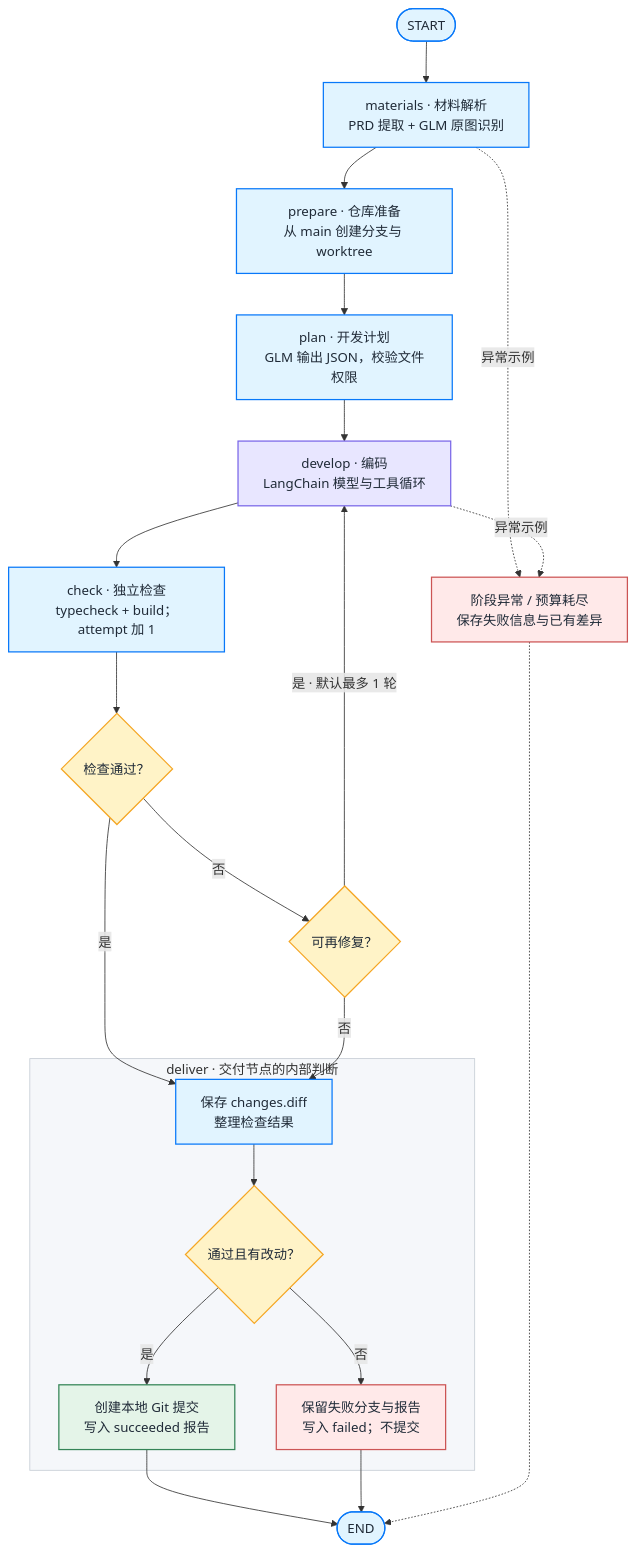
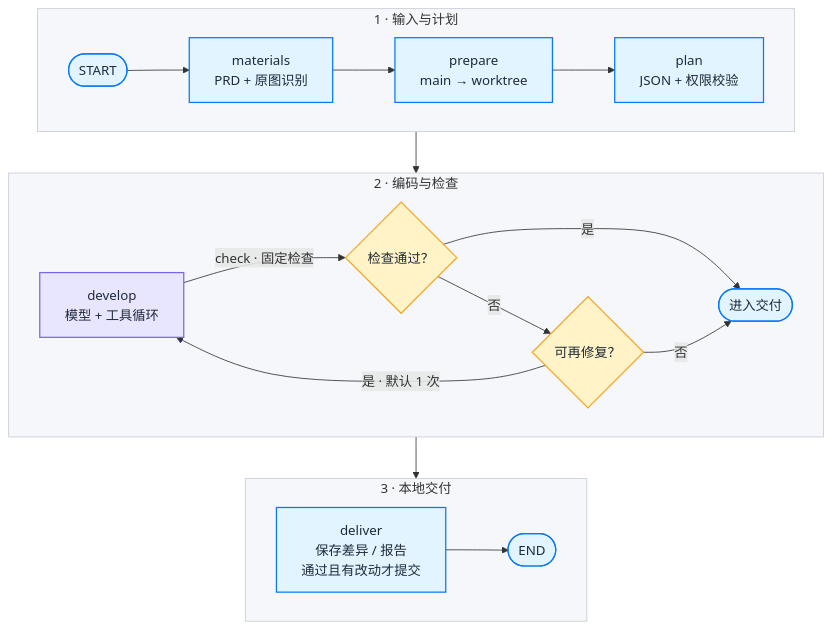
Before and after one commit to BruceZM/design-agent-mvp: the third of 5 diagrams in docs/项目流程图.md, drawn with Mermaid. The commit also changed other lines of this file and 18 other files, not shown here.

Commit message:
Fit diagrams to screen and focus Agent execution guide

````diff
--- a/docs/项目流程图.md
+++ b/docs/项目流程图.md
@@ -115,36 +95,34 @@
 ```mermaid
 flowchart TB
     accTitle: LangGraph 六节点工作流与有限修复
-    accDescr: 检查失败时最多返回开发一次，随后进入交付；只有检查通过且有源文件变化才创建成功提交。任意阶段异常保存失败信息。
-    START([START]) --> M["materials · 材料解析<br/>PRD 提取 + GLM 原图识别"]
-    M --> P["prepare · 仓库准备<br/>从 main 创建分支与 worktree"]
-    P --> L["plan · 开发计划<br/>GLM 输出 JSON，校验文件权限"]
-    L --> D["develop · 编码<br/>LangChain 模型与工具循环"]
-    D --> C["check · 独立检查<br/>typecheck + build；attempt 加 1"]
-    C --> OK{"检查通过？"}
-    OK -->|否| R{"可再修复？"}
-    R -->|是 · 默认最多 1 轮| D
-    OK -->|是| V
-    R -->|否| V
-    subgraph DELIVERY[deliver · 交付节点的内部判断]
-        V["保存 changes.diff<br/>整理检查结果"] --> PASS{"通过且有改动？"}
-        PASS -->|是| COMMIT["创建本地 Git 提交<br/>写入 succeeded 报告"]
-        PASS -->|否| FAIL["保留失败分支与报告<br/>写入 failed；不提交"]
+    accDescr: 输入阶段依次解析材料、准备仓库和计划；编码检查阶段默认最多修复一次；交付阶段通过且有改动才提交。分组用于排版，不是额外的持久化节点。
+    subgraph INPUT[1 · 输入与计划]
+        direction LR
+        START([START]) --> M["materials<br/>PRD + 原图识别"]
+        M --> P["prepare<br/>main → worktree"]
+        P --> L["plan<br/>JSON + 权限校验"]
     end
-    COMMIT --> END([END])
-    FAIL --> END
-    ERR["阶段异常 / 预算耗尽<br/>保存失败信息与已有差异"] -.-> END
-    M -.异常示例.-> ERR
-    D -.异常示例.-> ERR
+    subgraph EXEC[2 · 编码与检查]
+        direction LR
+        D["develop<br/>模型 + 工具循环"] -->|check · 固定检查| C{"检查通过？"}
+        C -->|是| READY([进入交付])
+        C -->|否| R{"可再修复？"}
+        R -->|是 · 默认 1 次| D
+        R -->|否| READY
+    end
+    subgraph DELIVERY[3 · 本地交付]
+        direction LR
+        V["deliver<br/>保存差异 / 报告<br/>通过且有改动才提交"] --> END([END])
+    end
+    INPUT --> EXEC
+    EXEC --> DELIVERY
     classDef base fill:#E1F4FF,stroke:#0878F9,color:#202B38,stroke-width:1.5px;
     classDef decision fill:#FFF3C7,stroke:#F5A623,color:#202B38,stroke-width:1.5px;
     classDef tool fill:#E8E6FF,stroke:#7966E8,color:#202B38,stroke-width:1.5px;
-    classDef success fill:#E4F4E8,stroke:#348456,color:#202B38,stroke-width:1.5px;
-    classDef failure fill:#FFE9E9,stroke:#CC5454,color:#202B38,stroke-width:1.5px;
-    class START,END,M,P,L,C,V base;
+    class START,END,M,P,L,V,READY base;
     class D tool;
-    class OK,R,PASS decision;
-    class COMMIT success;
-    class FAIL,ERR failure;
+    class C,R decision;
+    style INPUT fill:#F5F7FA,stroke:#C6CDD5
+    style EXEC fill:#F5F7FA,stroke:#C6CDD5
     style DELIVERY fill:#F5F7FA,stroke:#C6CDD5
 ```
````
